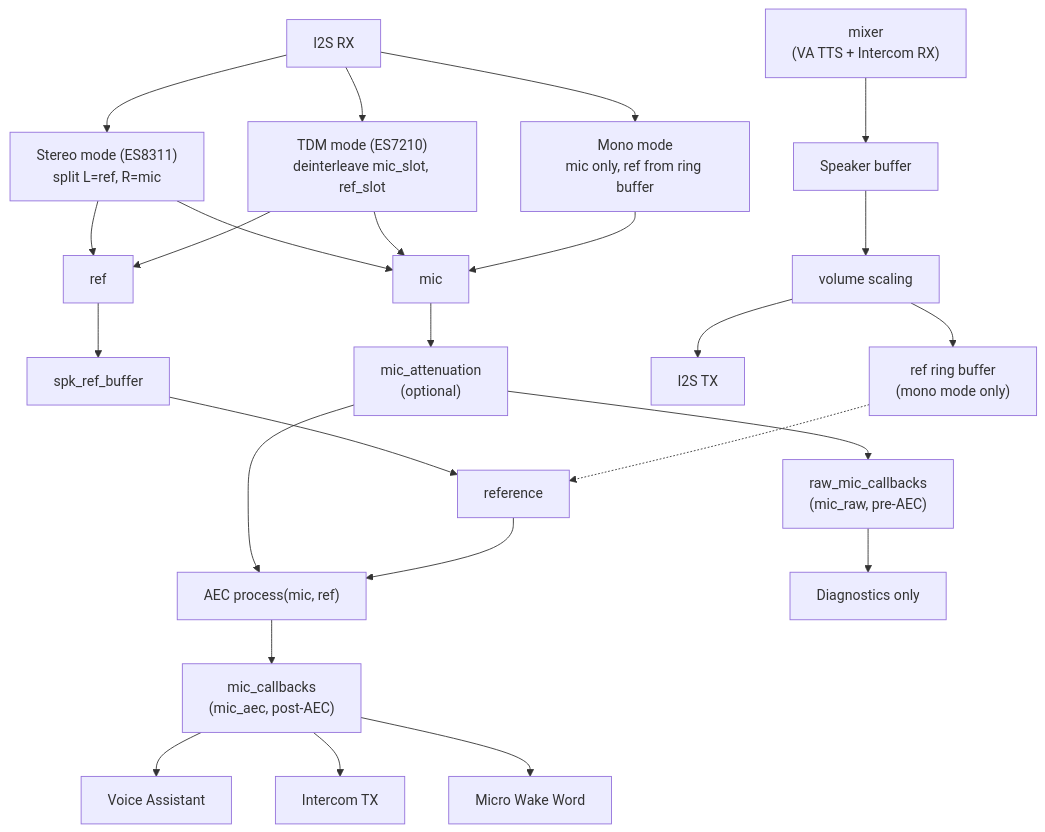
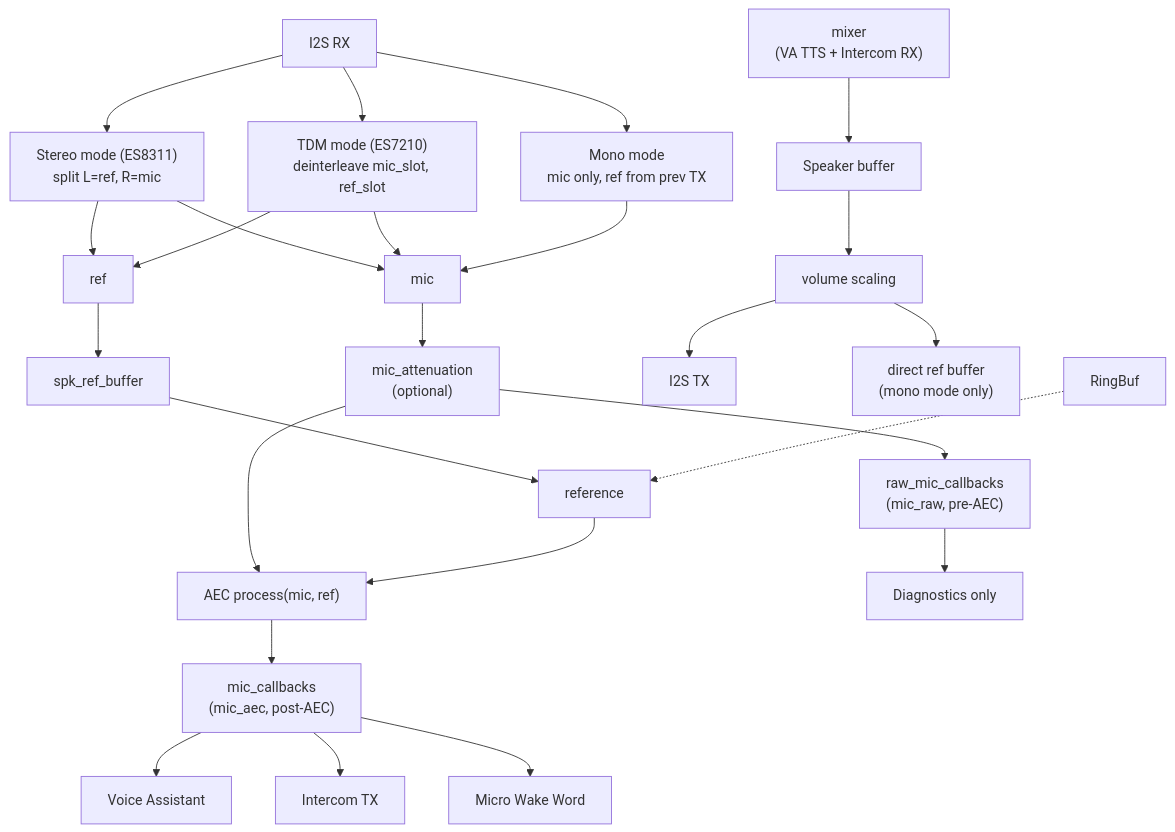
The diagram in esphome/components/i2s_audio_duplex/README.md (VladimirHulagov/esphome-intercom), drawn with Mermaid before and after one commit. The commit also changed other lines of this file and 49 other files, not shown here.

````diff
--- a/esphome/components/i2s_audio_duplex/README.md
+++ b/esphome/components/i2s_audio_duplex/README.md
@@ -38,33 +39,33 @@
 ```mermaid
 graph TD
     RX[I2S RX] --> Stereo["Stereo mode (ES8311)<br/>split L=ref, R=mic"]
     RX --> TDM["TDM mode (ES7210)<br/>deinterleave mic_slot, ref_slot"]
-    RX --> Mono["Mono mode<br/>mic only, ref from ring buffer"]
+    RX --> Mono["Mono mode<br/>mic only, ref from prev TX"]
 
     Stereo --> mic_path[mic]
     Stereo --> ref_path[ref]
     TDM --> mic_path
     TDM --> ref_path
     Mono --> mic_path
 
     mic_path --> atten["mic_attenuation<br/>(optional)"]
     atten --> raw["raw_mic_callbacks<br/>(mic_raw, pre-AEC)"]
     atten --> AEC["AEC process(mic, ref)"]
 
     ref_path --> spk_ref[spk_ref_buffer]
     spk_ref --> reference[reference]
     reference --> AEC
 
     raw --> Diag[Diagnostics only]
 
     AEC --> post["mic_callbacks<br/>(mic_aec, post-AEC)"]
     post --> VA[Voice Assistant]
     post --> ICT[Intercom TX]
     post --> MWW[Micro Wake Word]
 
     Mixer["mixer<br/>(VA TTS + Intercom RX)"] --> SPK[Speaker buffer]
     SPK --> VOL[volume scaling]
     VOL --> TX[I2S TX]
-    VOL --> RingBuf["ref ring buffer<br/>(mono mode only)"]
+    VOL --> DirectRef["direct ref buffer<br/>(mono mode only)"]
     RingBuf -.-> reference
 ```
````
